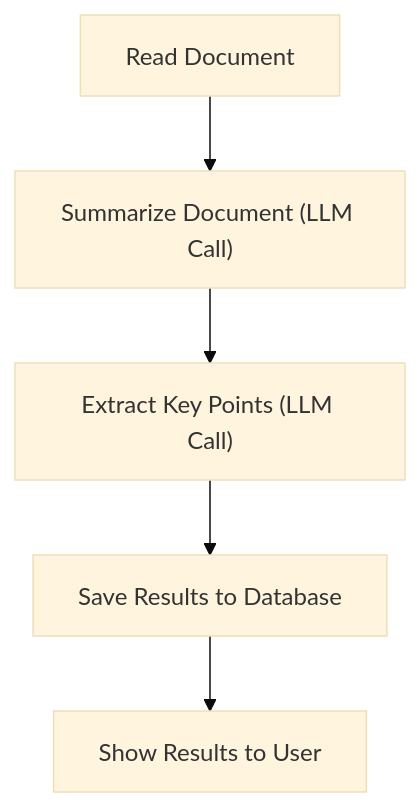
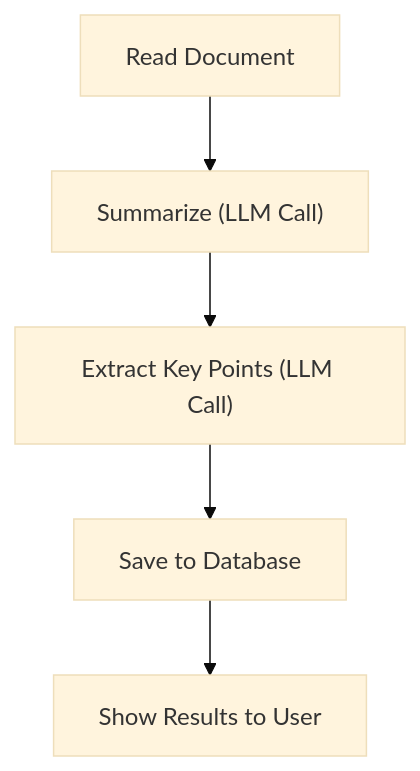
One commit to iusztinpaul/agentic-ai-engineering-course-data changed the seventh of 9 diagrams in data/inputs/tests/02_sample_medium/article.md. Above: the diagram before and after it, drawn with Mermaid (base theme). The commit also changed other lines of this file and 3 other files, not shown here.

````diff
--- a/data/inputs/tests/02_sample_medium/article.md
+++ b/data/inputs/tests/02_sample_medium/article.md
@@ -189,7 +189,7 @@
 ```mermaid
 graph TD
-    A["Read Document"] --> B["Summarize Document (LLM Call)"]
+    A["Read Document"] --> B["Summarize (LLM Call)"]
     B --> C["Extract Key Points (LLM Call)"]
-    C --> D["Save Results to Database"]
+    C --> D["Save to Database"]
     D --> E["Show Results to User"]
 ```
````
